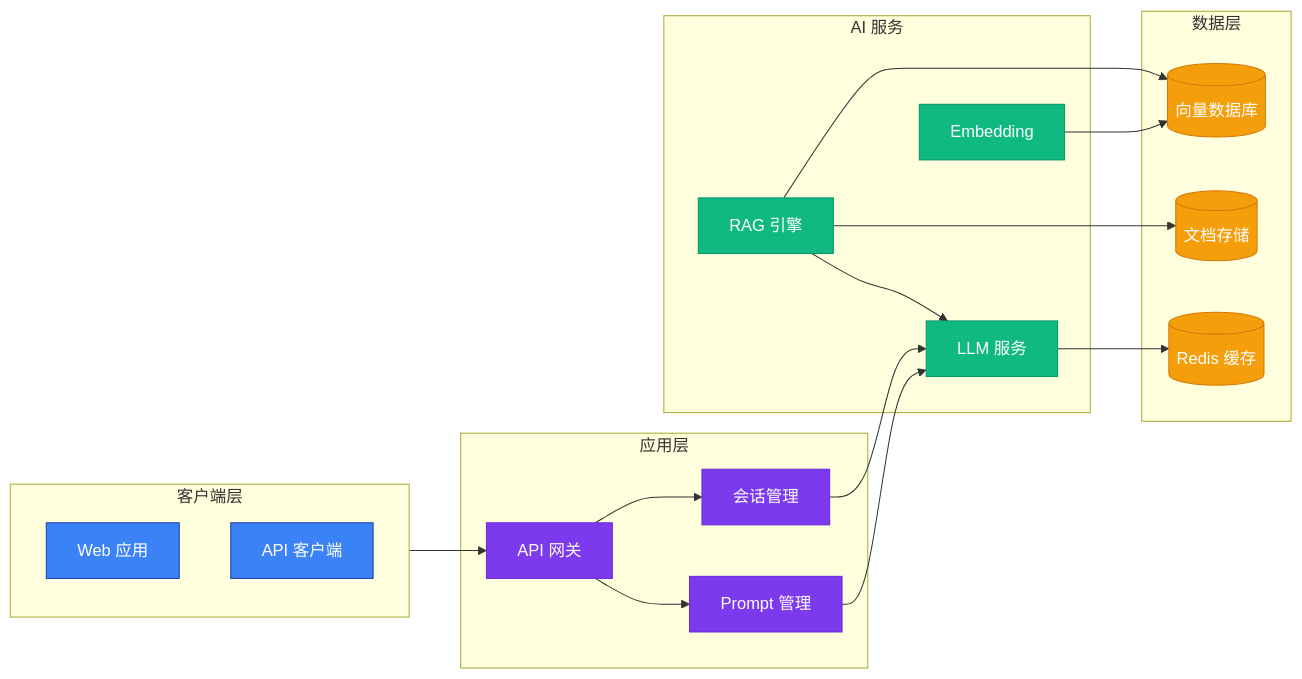
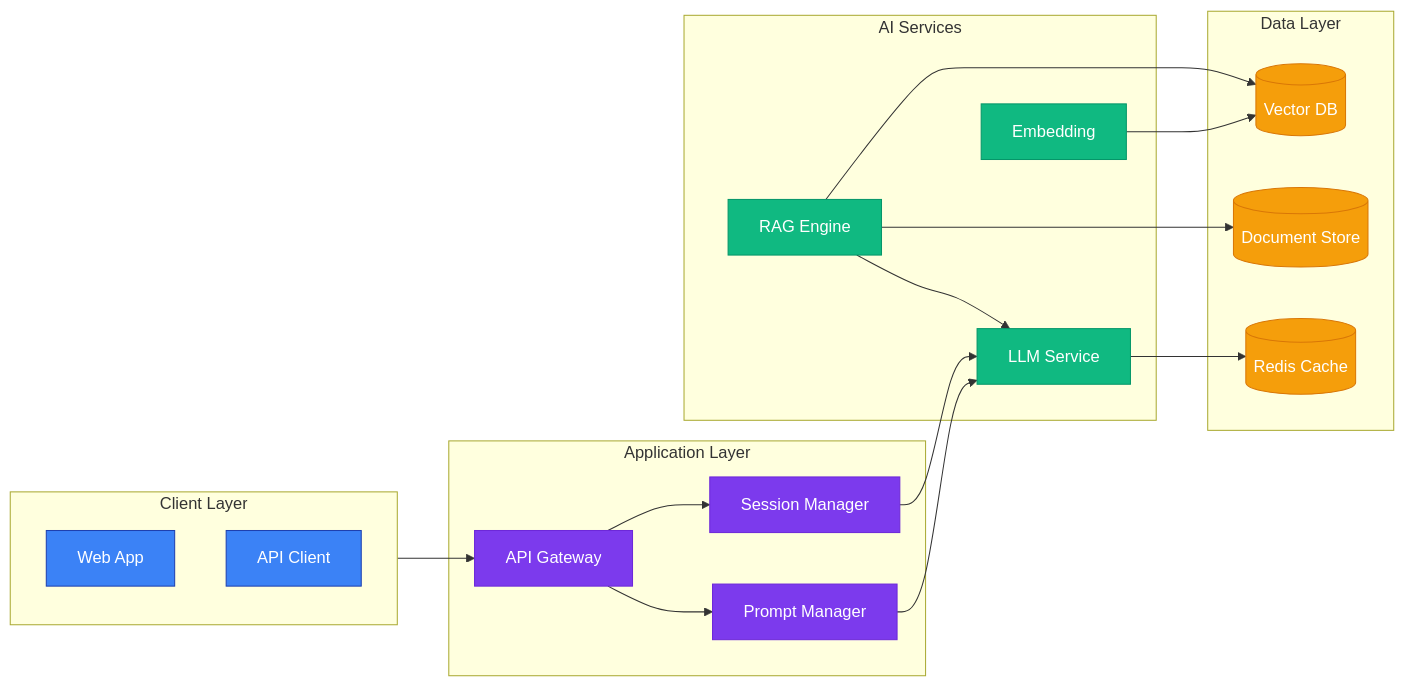
Before and after one commit to lohasle/diagram-architect.skill: the first of 4 diagrams in README.md, drawn with Mermaid. The commit also changed other lines of this file and 2 other files, not shown here.

````diff
--- a/README.md
+++ b/README.md
@@ -28,36 +30,36 @@
 ```mermaid
 flowchart LR
-    subgraph CLIENT["客户端层"]
-        WEB["Web 应用"]:::c
-        SDK["API 客户端"]:::c
+    subgraph CLIENT["Client Layer"]
+        WEB["Web App"]:::c
+        SDK["API Client"]:::c
     end
-    subgraph APP["应用层"]
-        GW["API 网关"]:::a
-        PM["Prompt 管理"]:::a
-        SM["会话管理"]:::a
+    subgraph APP["Application Layer"]
+        GW["API Gateway"]:::a
+        PM["Prompt Manager"]:::a
+        SM["Session Manager"]:::a
     end
-    subgraph AI["AI 服务"]
-        LLM["LLM 服务"]:::ai
+    subgraph AI["AI Services"]
+        LLM["LLM Service"]:::ai
         EMB["Embedding"]:::ai
-        RAG["RAG 引擎"]:::ai
+        RAG["RAG Engine"]:::ai
     end
-    subgraph DATA["数据层"]
-        VDB[("向量数据库")]:::d
-        DOCS[("文档存储")]:::d
-        CACHE[("Redis 缓存")]:::d
+    subgraph DATA["Data Layer"]
+        VDB[("Vector DB")]:::d
+        DOCS[("Document Store")]:::d
+        CACHE[("Redis Cache")]:::d
     end
     CLIENT --> GW
     GW --> PM
     GW --> SM
     PM --> LLM
     SM --> LLM
     RAG --> LLM
     EMB --> VDB
     RAG --> VDB
     RAG --> DOCS
     LLM --> CACHE
     classDef c fill:#3b82f6,stroke:#1e40af,color:#fff
     classDef a fill:#7c3aed,stroke:#6d28d9,color:#fff
     classDef ai fill:#10b981,stroke:#059669,color:#fff
     classDef d fill:#f59e0b,stroke:#d97706,color:#fff
 ```
````
